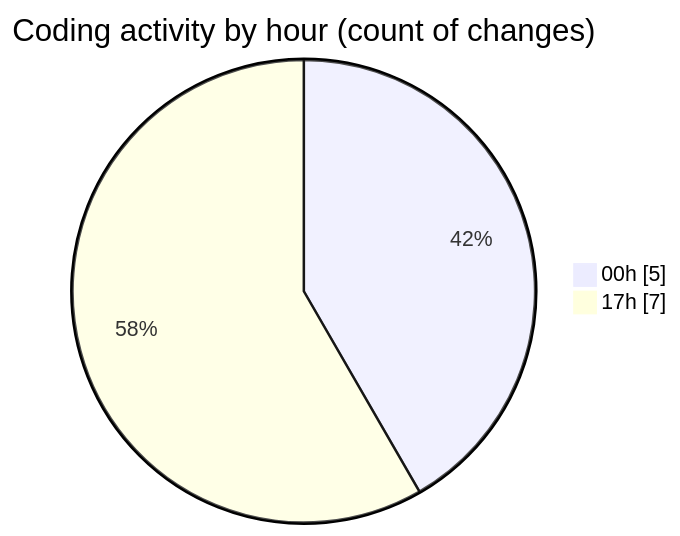
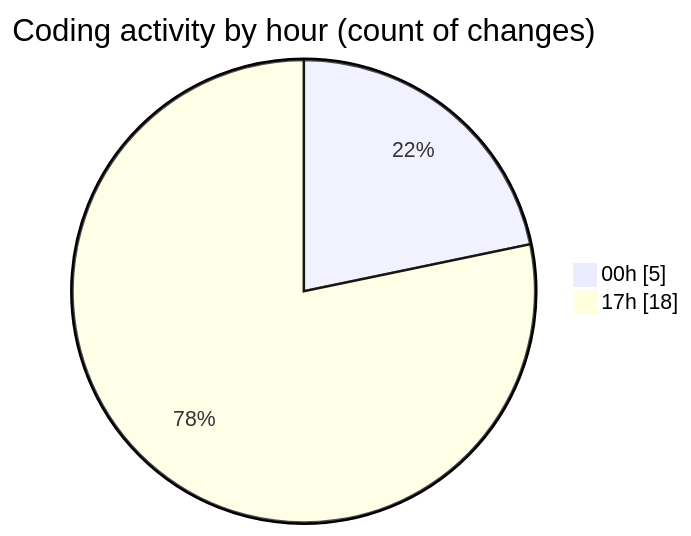
The second of 2 diagrams in 2026-04-12/chatserver/README.md (hasnaa123/code-tracking), drawn with Mermaid before and after one commit. The commit also changed other lines of this file and 1 other file, not shown here.

````diff
--- a/2026-04-12/chatserver/README.md
+++ b/2026-04-12/chatserver/README.md
@@ -31,6 +31,6 @@
 ```mermaid
 pie showData
 title Coding activity by hour (count of changes)
 "00h" : 5
-"17h" : 7
+"17h" : 18
 ```
````
